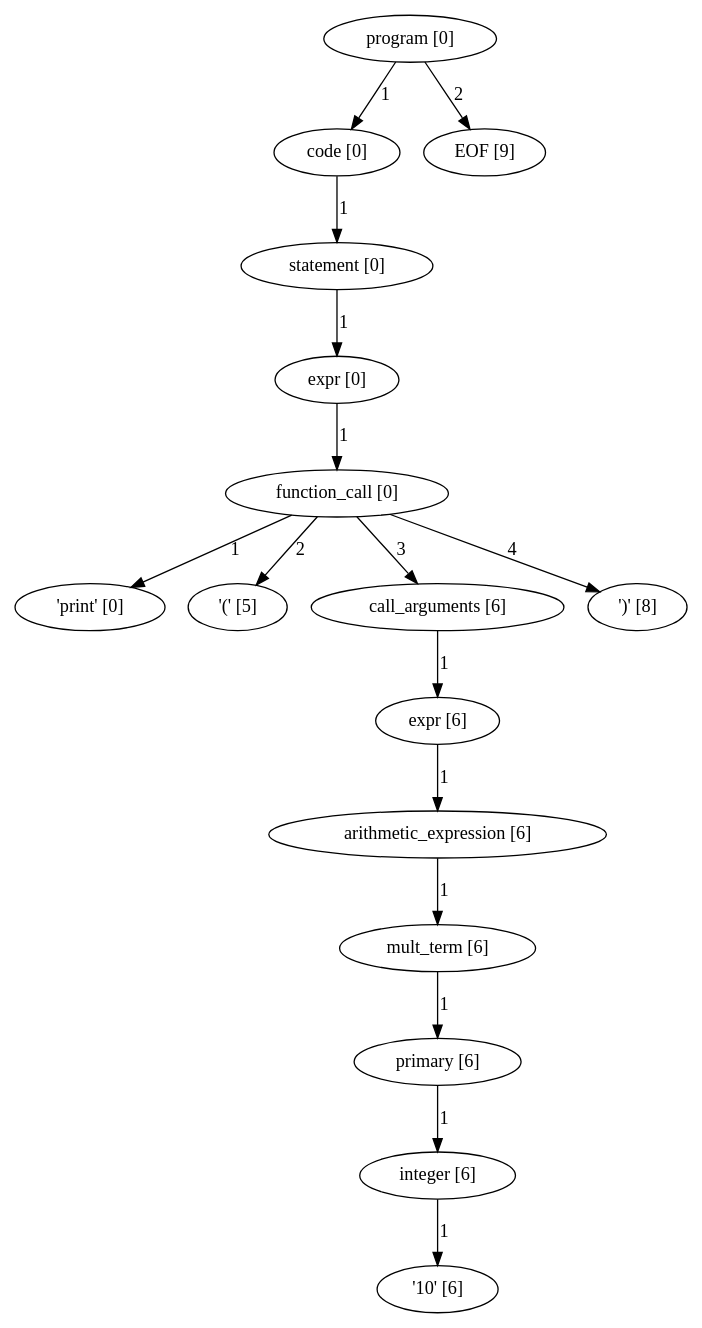
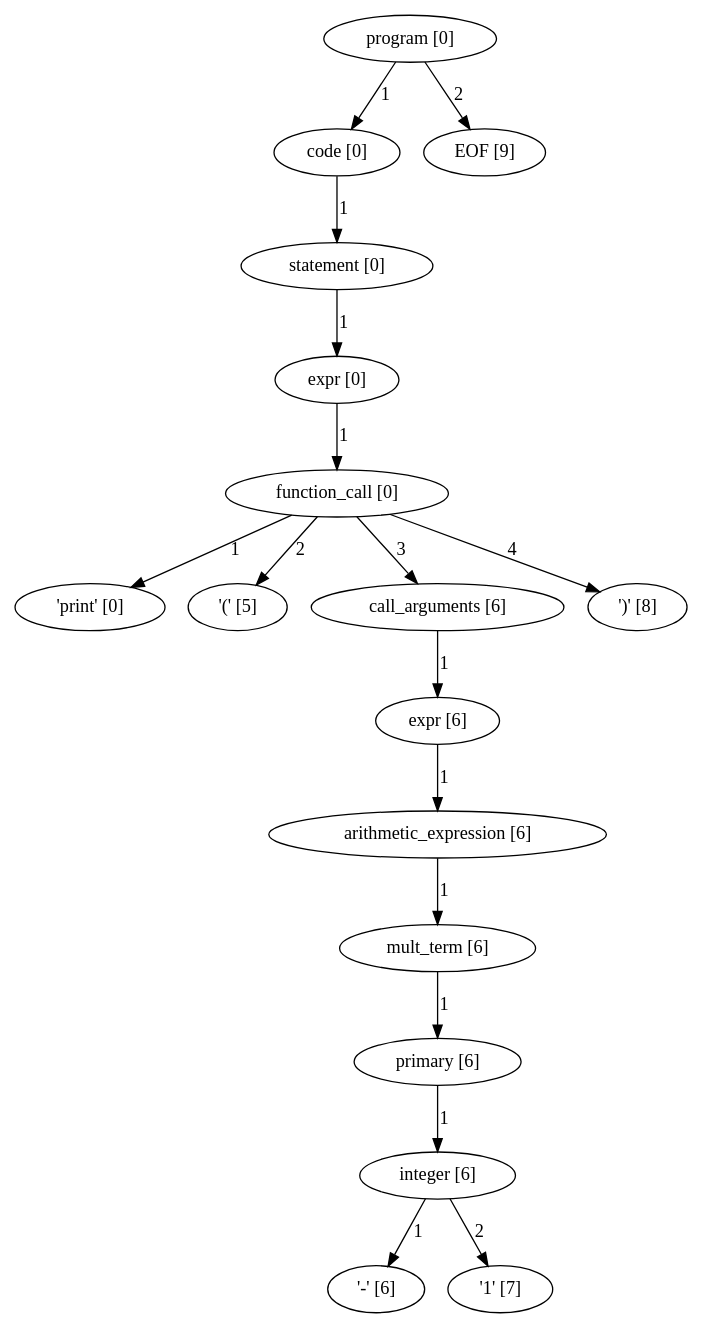
Before and after one commit to pragdave/cs3342_smurf: the diagram in RealProject/program_parse_tree.dot, drawn with Graphviz. The commit also changed 6 other files, not shown here.

```diff
--- a/RealProject/program_parse_tree.dot
+++ b/RealProject/program_parse_tree.dot
@@ -1,48 +1,51 @@
 digraph arpeggio_graph {
-2870551227248 [label="program [0]"];
-2870551227248->2870551227656 [label="1"]
+2645464652656 [label="program [0]"];
+2645464652656->2645464653064 [label="1"]
 
-2870551227656 [label="code [0]"];
-2870551227656->2870551394368 [label="1"]
+2645464653064 [label="code [0]"];
+2645464653064->2645464827968 [label="1"]
 
-2870551394368 [label="statement [0]"];
-2870551394368->2870551394232 [label="1"]
+2645464827968 [label="statement [0]"];
+2645464827968->2645464827832 [label="1"]
 
-2870551394232 [label="expr [0]"];
-2870551394232->2870551394096 [label="1"]
+2645464827832 [label="expr [0]"];
+2645464827832->2645464827696 [label="1"]
 
-2870551394096 [label="function_call [0]"];
-2870551394096->2870550809360 [label="1"]
+2645464827696 [label="function_call [0]"];
+2645464827696->2645464140440 [label="1"]
 
-2870550809360 [label=" 'print' [0]"];
-2870551394096->2870550809480 [label="2"]
+2645464140440 [label=" 'print' [0]"];
+2645464827696->2645464140560 [label="2"]
 
-2870550809480 [label=" '(' [5]"];
-2870551394096->2870551393960 [label="3"]
+2645464140560 [label=" '(' [5]"];
+2645464827696->2645464827560 [label="3"]
 
-2870551393960 [label="call_arguments [6]"];
-2870551393960->2870551393824 [label="1"]
+2645464827560 [label="call_arguments [6]"];
+2645464827560->2645464827424 [label="1"]
 
-2870551393824 [label="expr [6]"];
-2870551393824->2870551393688 [label="1"]
+2645464827424 [label="expr [6]"];
+2645464827424->2645464827288 [label="1"]
 
-2870551393688 [label="arithmetic_expression [6]"];
-2870551393688->2870551393552 [label="1"]
+2645464827288 [label="arithmetic_expression [6]"];
+2645464827288->2645464827152 [label="1"]
 
-2870551393552 [label="mult_term [6]"];
-2870551393552->2870551393416 [label="1"]
+2645464827152 [label="mult_term [6]"];
+2645464827152->2645464827016 [label="1"]
 
-2870551393416 [label="primary [6]"];
-2870551393416->2870551392328 [label="1"]
+2645464827016 [label="primary [6]"];
+2645464827016->2645464825928 [label="1"]
 
-2870551392328 [label="integer [6]"];
-2870551392328->2870550810320 [label="1"]
+2645464825928 [label="integer [6]"];
+2645464825928->2645464834600 [label="1"]
 
-2870550810320 [label=" '10' [6]"];
-2870551394096->2870550810440 [label="4"]
+2645464834600 [label=" '-' [6]"];
+2645464825928->2645464834720 [label="2"]
 
-2870550810440 [label=" ')' [8]"];
-2870551227248->2870550809840 [label="2"]
+2645464834720 [label=" '1' [7]"];
+2645464827696->2645464834840 [label="4"]
 
-2870550809840 [label="EOF [9]"];
+2645464834840 [label=" ')' [8]"];
+2645464652656->2645464141280 [label="2"]
+
+2645464141280 [label="EOF [9]"];
 }
```
